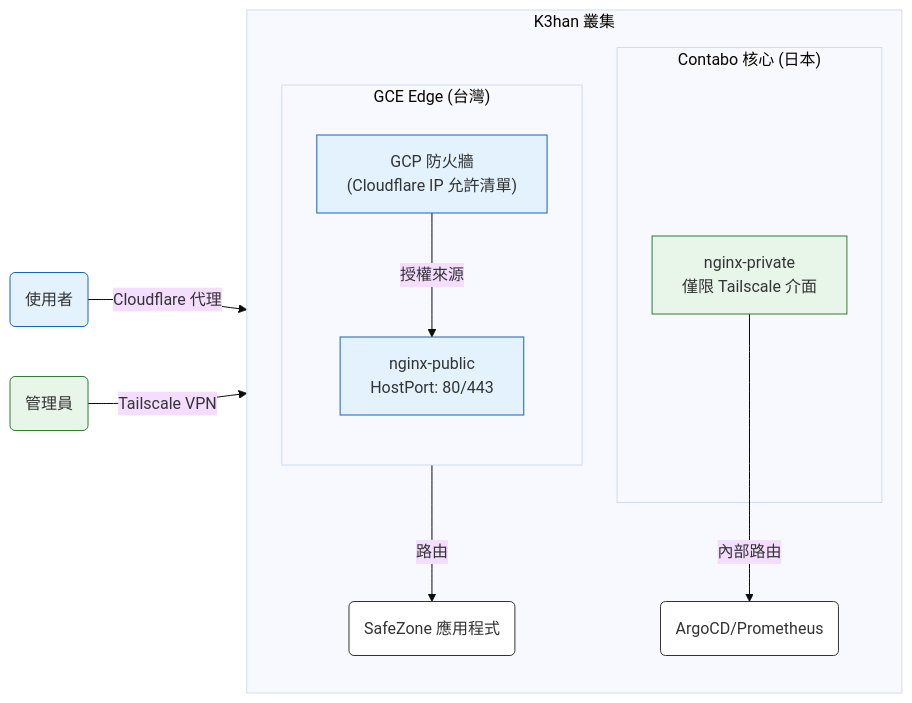
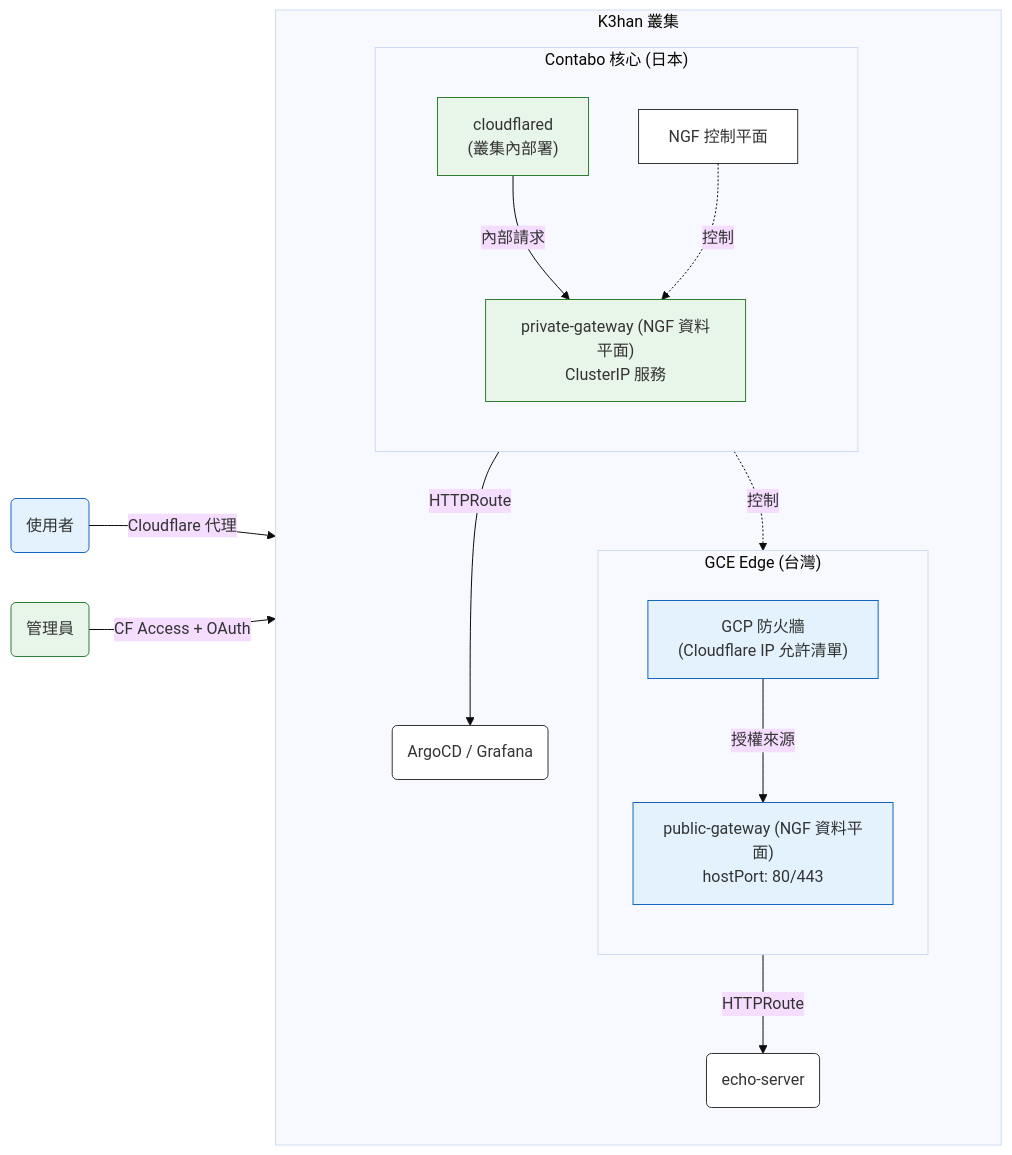
One commit to SafeChord/Docs changed the diagram in docs/zh/safechord.chorde.k3han.ingress.md. Above: the diagram before and after it, drawn with Mermaid (base theme). The commit also changed other lines of this file and 3 other files, not shown here.

First line of the commit message:
docs(k3han): Reconcile ingress policy to Gateway API and NGF

````diff
--- a/docs/zh/safechord.chorde.k3han.ingress.md
+++ b/docs/zh/safechord.chorde.k3han.ingress.md
@@ -15,34 +11,41 @@
 ```mermaid
 graph LR
     %% 樣式
     classDef public fill:#e3f2fd,stroke:#1565c0;
     classDef private fill:#e8f5e9,stroke:#2e7d32;
     classDef k8s fill:#fff,stroke:#333;
 
     User(使用者):::public
     Admin(管理員):::private
     
     subgraph K3han [K3han 叢集]
         direction TB
         
         subgraph Agent ["GCE Edge (台灣)"]
             direction TB
             GCP_FW["GCP 防火牆<br/>(Cloudflare IP 允許清單)"]:::public
-            PubIng["nginx-public<br/>HostPort: 80/443"]:::public
+            PubDP["public-gateway (NGF 資料平面)<br/>hostPort: 80/443"]:::public
         end
 
         subgraph Master ["Contabo 核心 (日本)"]
-            PrivIng["nginx-private<br/>僅限 Tailscale 介面"]:::private
+            direction TB
+            CF_Tunnel["cloudflared<br/>(叢集內部署)"]:::private
+            PrivDP["private-gateway (NGF 資料平面)<br/>ClusterIP 服務"]:::private
+            NGF_Ctrl["NGF 控制平面"]:::k8s
         end
         
-        App(SafeZone 應用程式):::k8s
-        Ops(ArgoCD/Prometheus):::k8s
+        App(echo-server):::k8s
+        Ops(ArgoCD / Grafana):::k8s
     end
 
     User -->|"Cloudflare 代理"| GCP_FW
-    GCP_FW -->|"授權來源"| PubIng
-    PubIng -->|"路由"| App
+    GCP_FW -->|"授權來源"| PubDP
+    PubDP -->|"HTTPRoute"| App
     
-    Admin -->|"Tailscale VPN"| PrivIng
-    PrivIng -->|"內部路由"| Ops
+    Admin -->|"CF Access + OAuth"| CF_Tunnel
+    CF_Tunnel -->|"內部請求"| PrivDP
+    PrivDP -->|"HTTPRoute"| Ops
+    
+    NGF_Ctrl -.->|"控制"| PubDP
+    NGF_Ctrl -.->|"控制"| PrivDP
 ```
````
